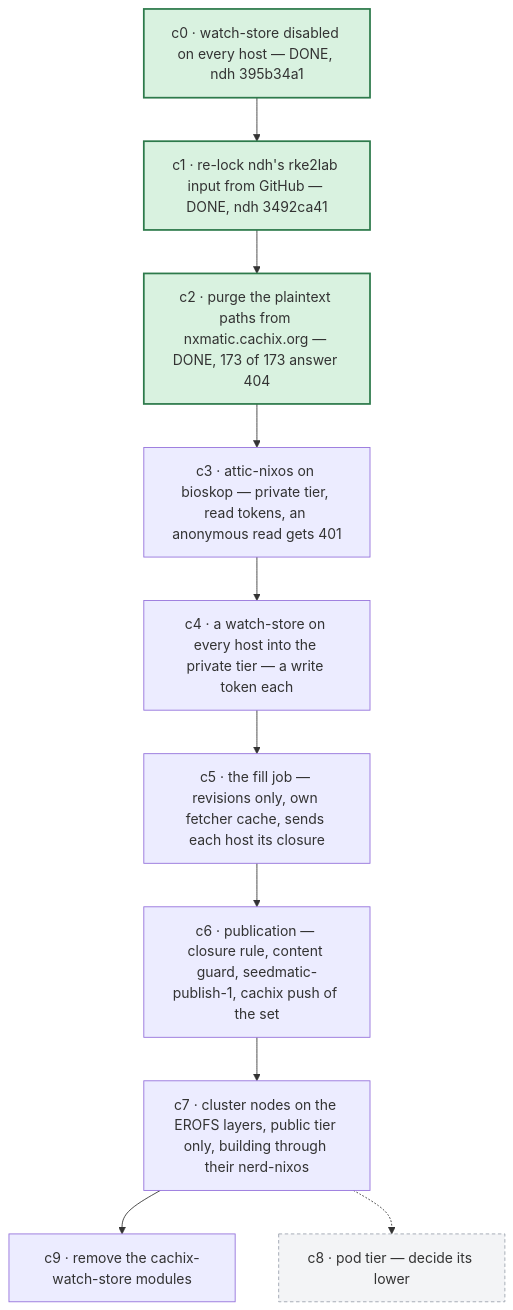
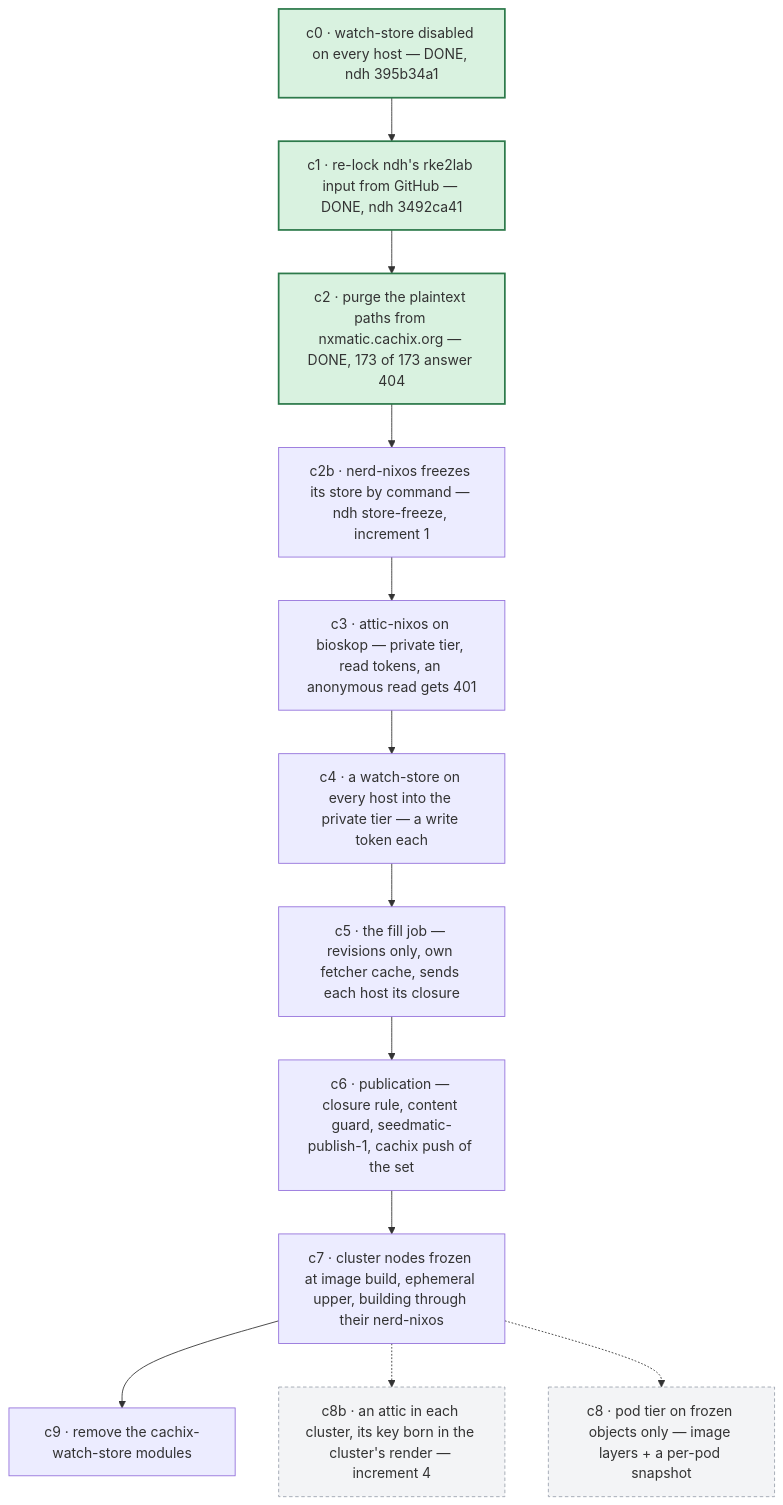
One commit to seedmatic/rke2lab changed the eighth of 8 diagrams in docs/architecture/atlas/fabric-control-plane.adoc. Above: the diagram before and after it, drawn with Mermaid. The commit also changed other lines of this file, not shown here.

First line of the commit message:
docs(atlas): the private-cache section follows the snapshot delivery, the store freeze and the cluster attic

```diff
--- a/docs/architecture/atlas/fabric-control-plane.adoc
+++ b/docs/architecture/atlas/fabric-control-plane.adoc
@@ -528,19 +544,22 @@
 [mermaid]
 ....
 flowchart TB
   c0["c0 · watch-store disabled on every host — DONE, ndh 395b34a1"]:::done
   c1["c1 · re-lock ndh's rke2lab input from GitHub — DONE, ndh 3492ca41"]:::done
   c2["c2 · purge the plaintext paths from nxmatic.cachix.org — DONE, 173 of 173 answer 404"]:::done
+  c2b["c2b · nerd-nixos freezes its store by command — ndh store-freeze, increment 1"]
   c3["c3 · attic-nixos on bioskop — private tier, read tokens, an anonymous read gets 401"]
   c4["c4 · a watch-store on every host into the private tier — a write token each"]
   c5["c5 · the fill job — revisions only, own fetcher cache, sends each host its closure"]
   c6["c6 · publication — closure rule, content guard, seedmatic-publish-1, cachix push of the set"]
-  c7["c7 · cluster nodes on the EROFS layers, public tier only, building through their nerd-nixos"]
-  c8["c8 · pod tier — decide its lower"]:::later
+  c7["c7 · cluster nodes frozen at image build, ephemeral upper, building through their nerd-nixos"]
+  c8["c8 · pod tier on frozen objects only — image layers + a per-pod snapshot"]:::later
+  c8b["c8b · an attic in each cluster, its key born in the cluster's render — increment 4"]:::later
   c9["c9 · remove the cachix-watch-store modules"]
-  c0 --> c1 --> c2 --> c3 --> c4 --> c5 --> c6 --> c7 --> c9
+  c0 --> c1 --> c2 --> c2b --> c3 --> c4 --> c5 --> c6 --> c7 --> c9
+  c7 -.-> c8b
   c7 -.-> c8
 
   classDef done fill:#d9f2e0,stroke:#2d7a4b,stroke-width:2px;
   classDef later fill:#f3f4f6,stroke:#9ca3af,stroke-dasharray:4 3;
 ....
```
